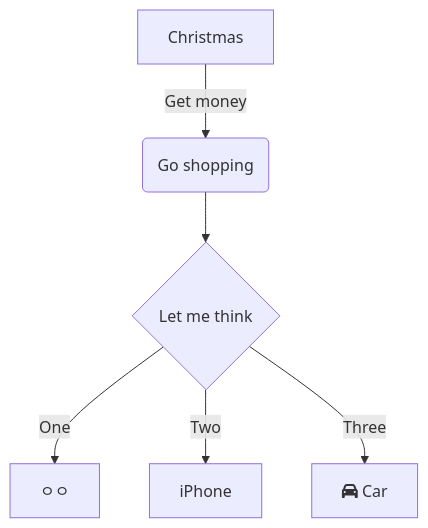
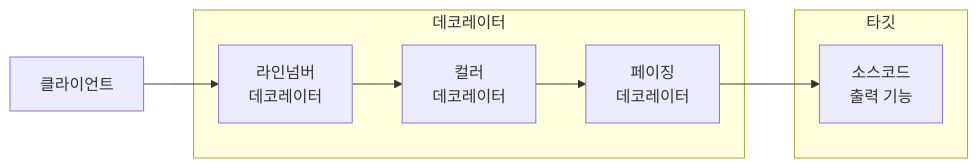
The diagram in TobiSpring/다이내믹프록시와팩토리빈.md (dailyzett/sample-code), drawn with Mermaid before and after one commit. The commit also changed other lines of this file, not shown here.

Commit message:
[TIL] 2022-04-21

````diff
--- a/TobiSpring/다이내믹프록시와팩토리빈.md
+++ b/TobiSpring/다이내믹프록시와팩토리빈.md
@@ -22,8 +21,11 @@
 ```mermaid
-graph TD
-    A[Christmas] -->|Get money| B(Go shopping)
-    B --> C{Let me think}
-    C -->|One| D[ㅇㅇ]
-    C -->|Two| E[iPhone]
-    C -->|Three| F[fa:fa-car Car]
+graph LR
+    A[클라이언트] --> B[라인넘버 <br/> 데코레이터]
+    subgraph 데코레이터
+    B --> C[컬러 <br/> 데코레이터]
+    C --> D[페이징 <br/> 데코레이터]
+    end
+    subgraph 타깃
+    D --> E[소스코드 <br/> 출력 기능]
+    end
 ```
````
